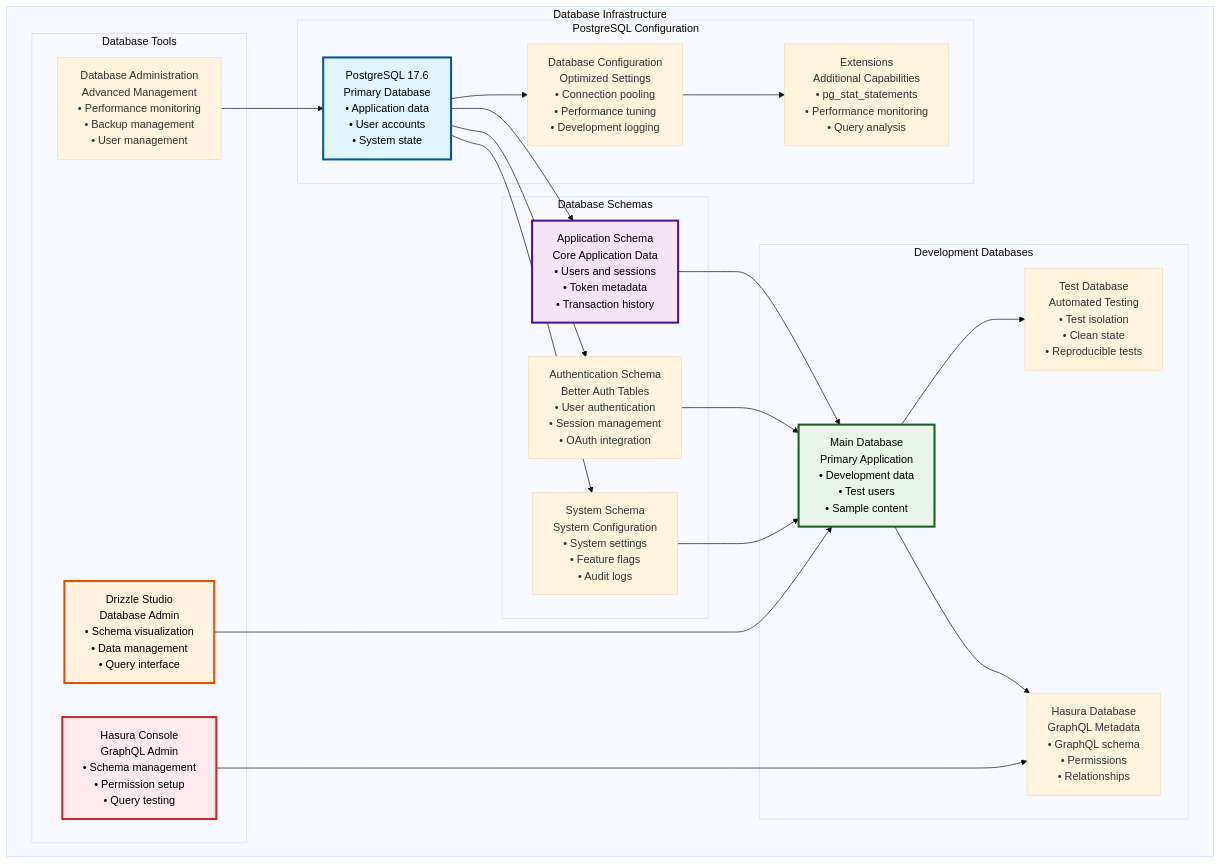
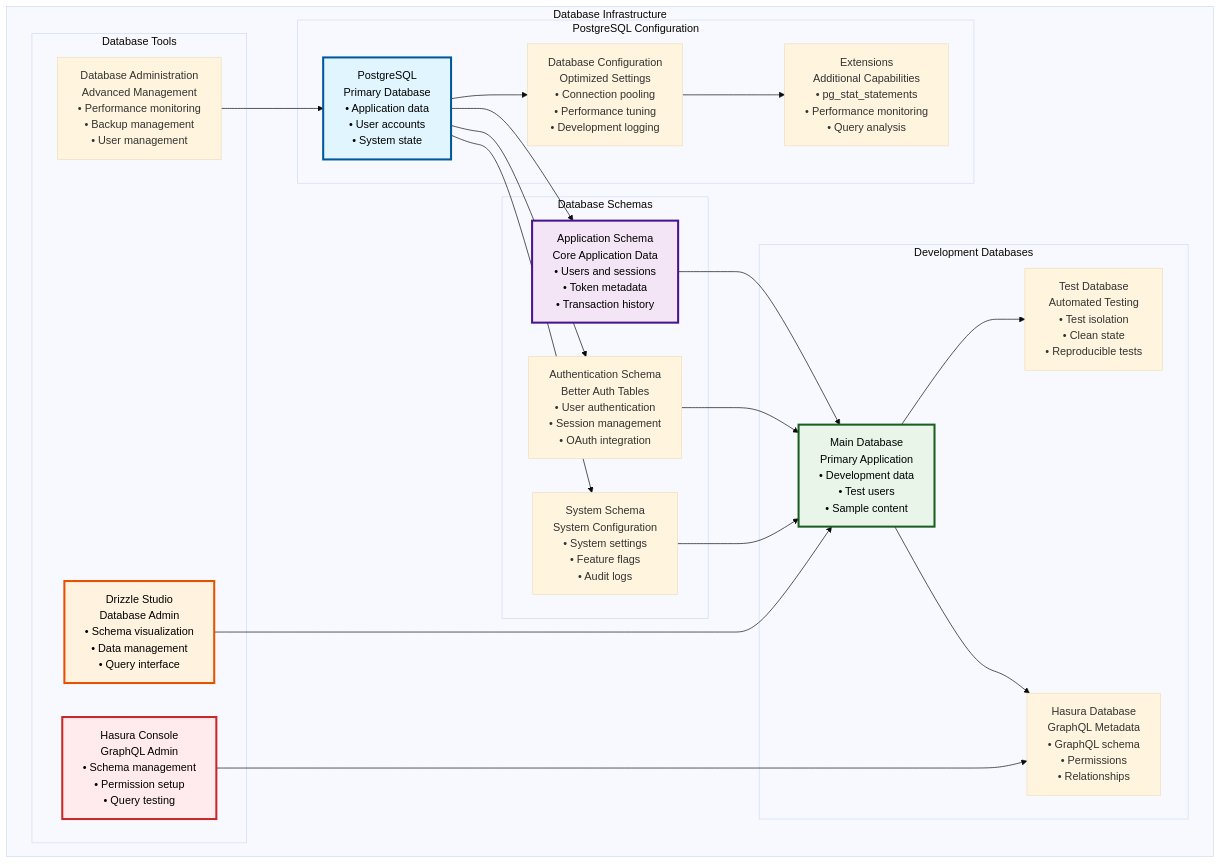
One commit to settlemint/asset-tokenization-kit changed the seventh of 9 diagrams in kit/docs/content/docs/04-development-environment.md. Above: the diagram before and after it, drawn with Mermaid (base theme). The commit also changed other lines of this file and 8 other files, not shown here.

````diff
--- a/kit/docs/content/docs/04-development-environment.md
+++ b/kit/docs/content/docs/04-development-environment.md
@@ -584,62 +584,62 @@
 ```mermaid
 graph TB
     subgraph "Database Infrastructure"
         subgraph "PostgreSQL Configuration"
-            PGMain[PostgreSQL 17.6<br/>Primary Database<br/>• Application data<br/>• User accounts<br/>• System state]
+            PGMain[PostgreSQL<br/>Primary Database<br/>• Application data<br/>• User accounts<br/>• System state]
             
             PGConfig[Database Configuration<br/>Optimized Settings<br/>• Connection pooling<br/>• Performance tuning<br/>• Development logging]
             
             PGExtensions[Extensions<br/>Additional Capabilities<br/>• pg_stat_statements<br/>• Performance monitoring<br/>• Query analysis]
         end
         
         subgraph "Database Schemas"
             AppSchema[Application Schema<br/>Core Application Data<br/>• Users and sessions<br/>• Token metadata<br/>• Transaction history]
             
             AuthSchema[Authentication Schema<br/>Better Auth Tables<br/>• User authentication<br/>• Session management<br/>• OAuth integration]
             
             SystemSchema[System Schema<br/>System Configuration<br/>• System settings<br/>• Feature flags<br/>• Audit logs]
         end
         
         subgraph "Development Databases"
             MainDB[Main Database<br/>Primary Application<br/>• Development data<br/>• Test users<br/>• Sample content]
             
             TestDB[Test Database<br/>Automated Testing<br/>• Test isolation<br/>• Clean state<br/>• Reproducible tests]
             
             HasuraDB[Hasura Database<br/>GraphQL Metadata<br/>• GraphQL schema<br/>• Permissions<br/>• Relationships]
         end
         
         subgraph "Database Tools"
             DrizzleStudio[Drizzle Studio<br/>Database Admin<br/>• Schema visualization<br/>• Data management<br/>• Query interface]
             
             HasuraConsole[Hasura Console<br/>GraphQL Admin<br/>• Schema management<br/>• Permission setup<br/>• Query testing]
             
             PGAdmin[Database Administration<br/>Advanced Management<br/>• Performance monitoring<br/>• Backup management<br/>• User management]
         end
     end
     
     %% Database relationships
     PGMain --> PGConfig
     PGConfig --> PGExtensions
     
     PGMain --> AppSchema
     PGMain --> AuthSchema
     PGMain --> SystemSchema
     
     AppSchema --> MainDB
     AuthSchema --> MainDB
     SystemSchema --> MainDB
     
     MainDB --> TestDB
     MainDB --> HasuraDB
     
     DrizzleStudio --> MainDB
     HasuraConsole --> HasuraDB
     PGAdmin --> PGMain
     
     %% Styling
     style PGMain fill:#e1f5fe,stroke:#01579b,color:#000000,stroke-width:3px
     style AppSchema fill:#f3e5f5,stroke:#4a148c,color:#000000,stroke-width:3px
     style MainDB fill:#e8f5e8,stroke:#1b5e20,color:#000000,stroke-width:3px
     style DrizzleStudio fill:#fff3e0,stroke:#e65100,color:#000000,stroke-width:3px
     style HasuraConsole fill:#ffebee,stroke:#c62828,color:#000000,stroke-width:3px
 ```
````
